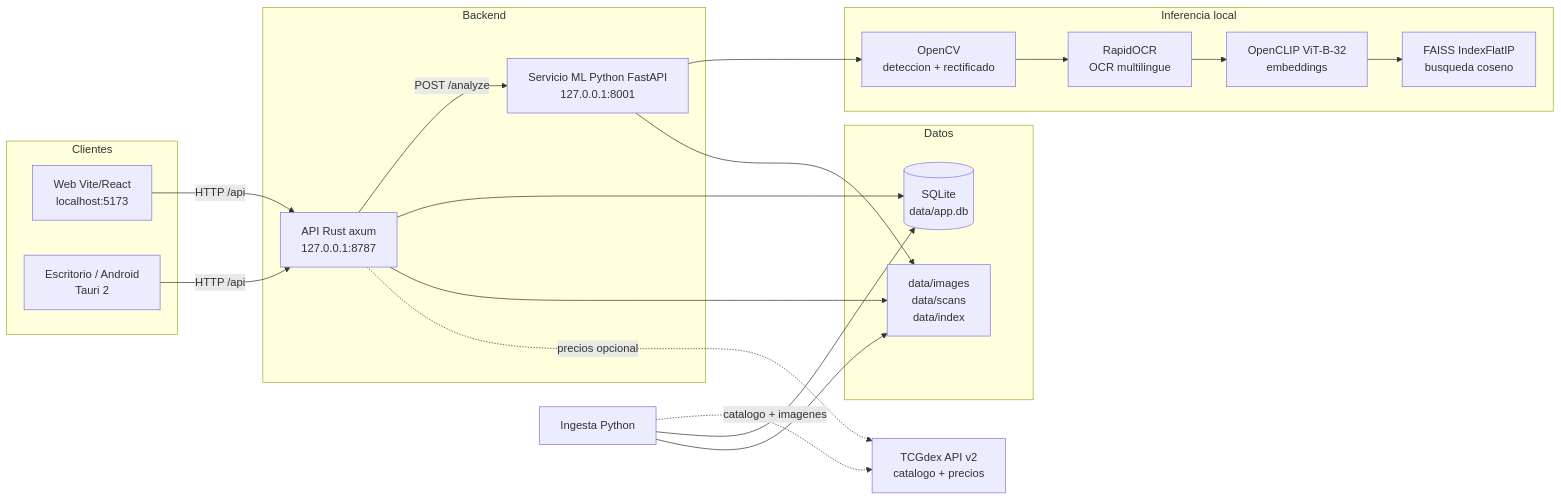
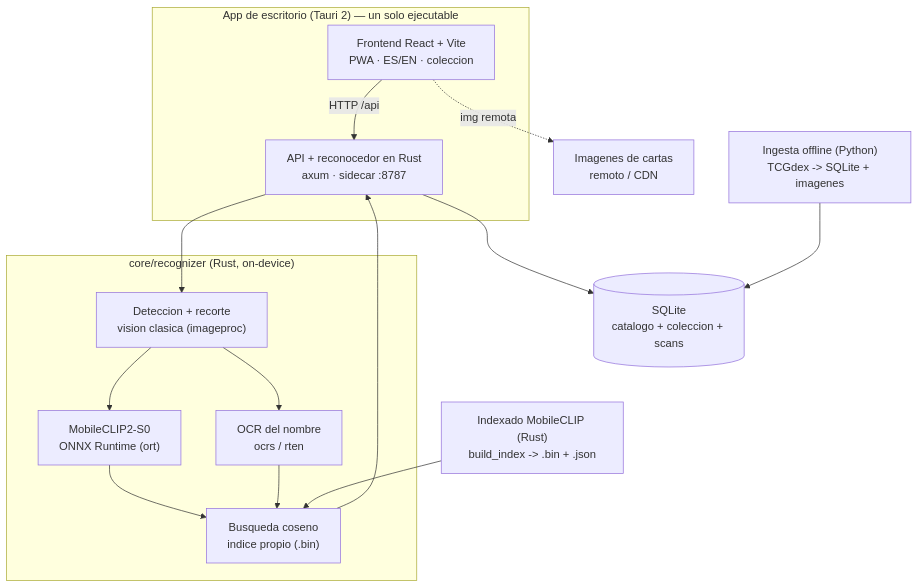
One commit to alexwing/CardLens changed the diagram in README.md. Above: the diagram before and after it, drawn with Mermaid. The commit also changed other lines of this file and 1 other file, not shown here.

First line of the commit message:
UX: avisar de carta ya en la coleccion antes de guardar; README actualizado

````diff
--- a/README.md
+++ b/README.md
@@ -15,38 +36,29 @@
 ```mermaid
-flowchart LR
-    subgraph Clientes
-        WEB[Web Vite/React<br/>localhost:5173]
-        TAURI[Escritorio / Android<br/>Tauri 2]
+flowchart TB
+    subgraph APP["App de escritorio (Tauri 2) — un solo ejecutable"]
+        UI["Frontend React + Vite<br/>PWA · ES/EN · coleccion"]
+        API["API + reconocedor en Rust<br/>axum · sidecar :8787"]
+        UI -->|"HTTP /api"| API
     end
 
-    subgraph Backend
-        API[API Rust axum<br/>127.0.0.1:8787]
-        ML[Servicio ML Python FastAPI<br/>127.0.0.1:8001]
+    subgraph REC["core/recognizer (Rust, on-device)"]
+        DET["Deteccion + recorte<br/>vision clasica (imageproc)"]
+        EMB["MobileCLIP2-S0<br/>ONNX Runtime (ort)"]
+        OCRR["OCR del nombre<br/>ocrs / rten"]
+        SRCH["Busqueda coseno<br/>indice propio (.bin)"]
     end
 
-    subgraph Inferencia local
-        CV[OpenCV<br/>deteccion + rectificado]
-        OCR[RapidOCR<br/>OCR multilingue]
-        CLIP[OpenCLIP ViT-B-32<br/>embeddings]
-        FAISS[FAISS IndexFlatIP<br/>busqueda coseno]
-    end
+    DB[("SQLite<br/>catalogo + coleccion + scans")]
+    IMG["Imagenes de cartas<br/>remoto / CDN"]
+    ING["Ingesta offline (Python)<br/>TCGdex -> SQLite + imagenes"]
+    IDX["Indexado MobileCLIP (Rust)<br/>build_index -> .bin + .json"]
 
-    subgraph Datos
-        DB[(SQLite<br/>data/app.db)]
-        IMG[data/images<br/>data/scans<br/>data/index]
-    end
-
-    EXT[TCGdex API v2<br/>catalogo + precios]
-
-    WEB -->|HTTP /api| API
-    TAURI -->|HTTP /api| API
-    API -->|POST /analyze| ML
-    ML --> CV --> OCR --> CLIP --> FAISS
+    API --> DET
+    DET --> EMB --> SRCH
+    DET --> OCRR --> SRCH
+    SRCH --> API
     API --> DB
-    API --> IMG
-    ML --> IMG
-    API -.->|precios opcional| EXT
-    INGESTA[Ingesta Python] -.->|catalogo + imagenes| EXT
-    INGESTA --> DB
-    INGESTA --> IMG
+    UI -. "img remota" .-> IMG
+    ING --> DB
+    IDX --> SRCH
 ```
````
